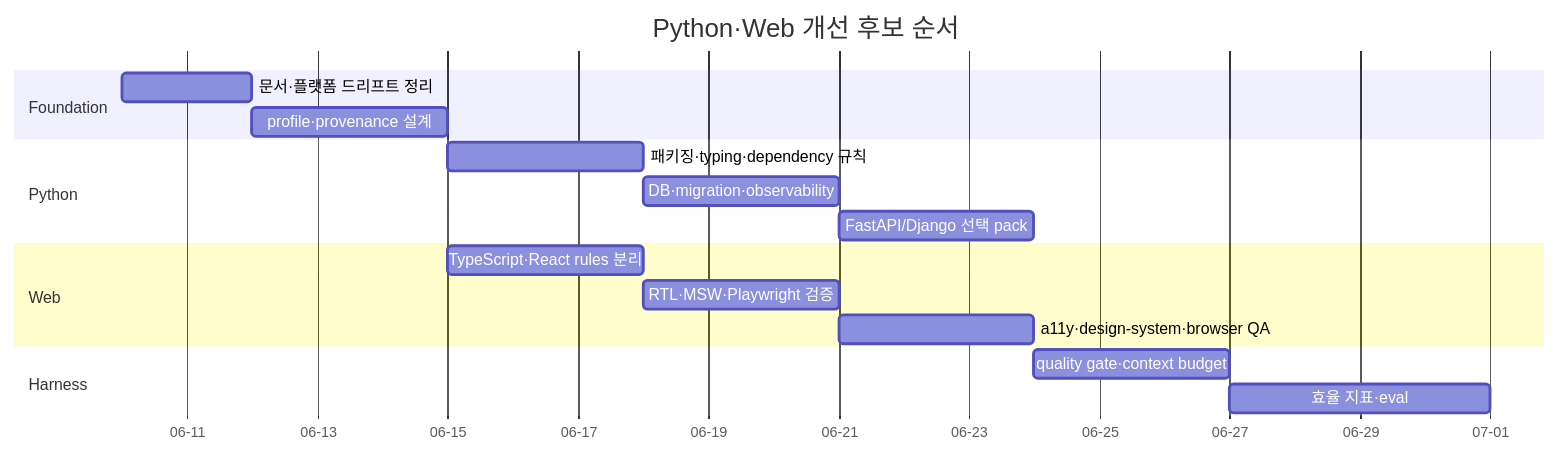
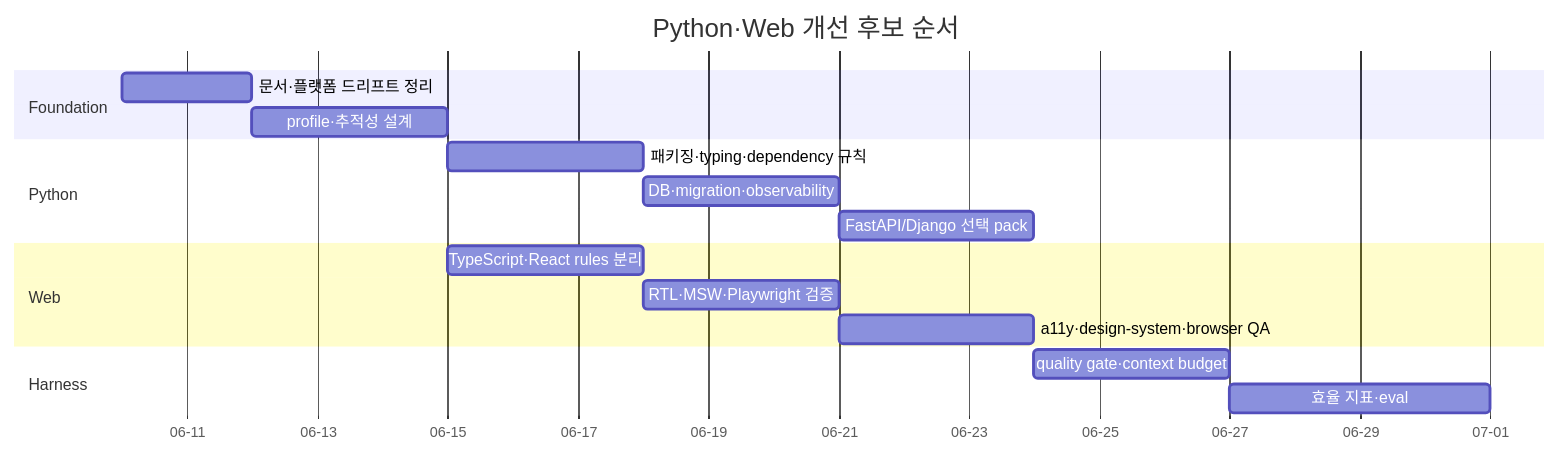
Before and after one commit to jomarusoup/Arachne: the first of 2 diagrams in docs/idea/2026-06-09-python-web-improvement-roadmap.md, drawn with Mermaid. The commit also changed other lines of this file and 48 other files, not shown here.

````diff
--- a/docs/idea/2026-06-09-python-web-improvement-roadmap.md
+++ b/docs/idea/2026-06-09-python-web-improvement-roadmap.md
@@ -38,24 +38,24 @@
 ```mermaid
 gantt
     title Python·Web 개선 후보 순서
     dateFormat  YYYY-MM-DD
     axisFormat  %m-%d
 
     section Foundation
     문서·플랫폼 드리프트 정리       :p0a, 2026-06-10, 2d
-    profile·provenance 설계          :p0b, after p0a, 3d
+    profile·추적성 설계          :p0b, after p0a, 3d
 
     section Python
     패키징·typing·dependency 규칙    :p1a, after p0b, 3d
     DB·migration·observability       :p1b, after p1a, 3d
     FastAPI/Django 선택 pack         :p1c, after p1b, 3d
 
     section Web
     TypeScript·React rules 분리      :p2a, after p0b, 3d
     RTL·MSW·Playwright 검증          :p2b, after p2a, 3d
     a11y·design-system·browser QA    :p2c, after p2b, 3d
 
     section Harness
     quality gate·context budget      :p3a, after p2c, 3d
     효율 지표·eval                   :p3b, after p3a, 4d
 ```
````
